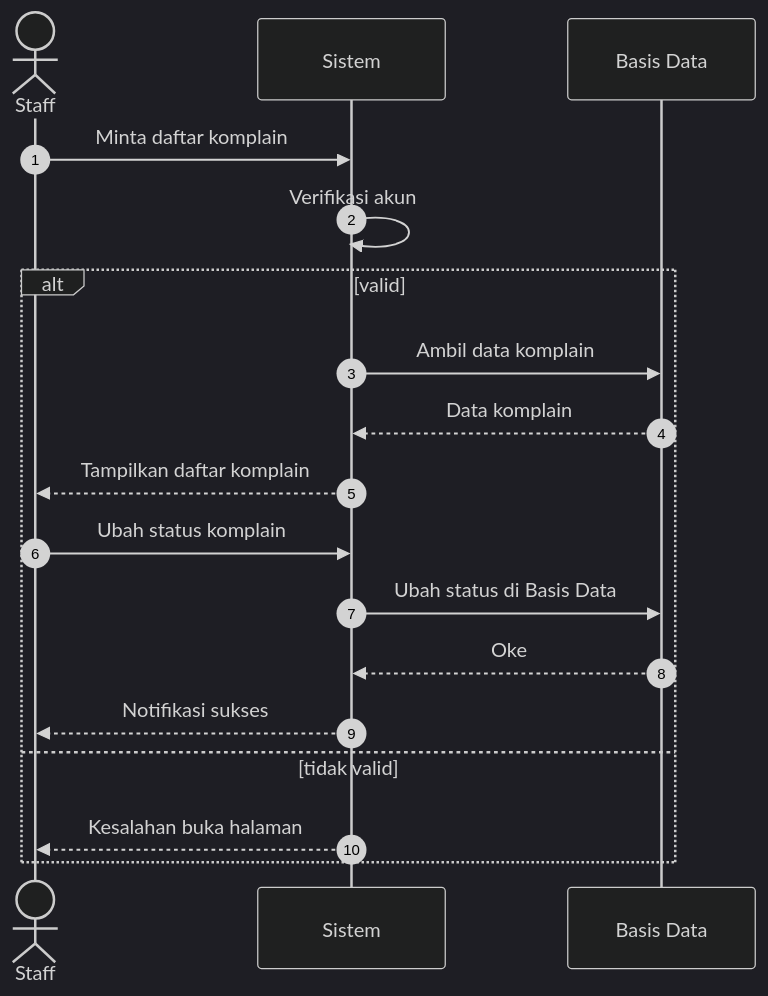
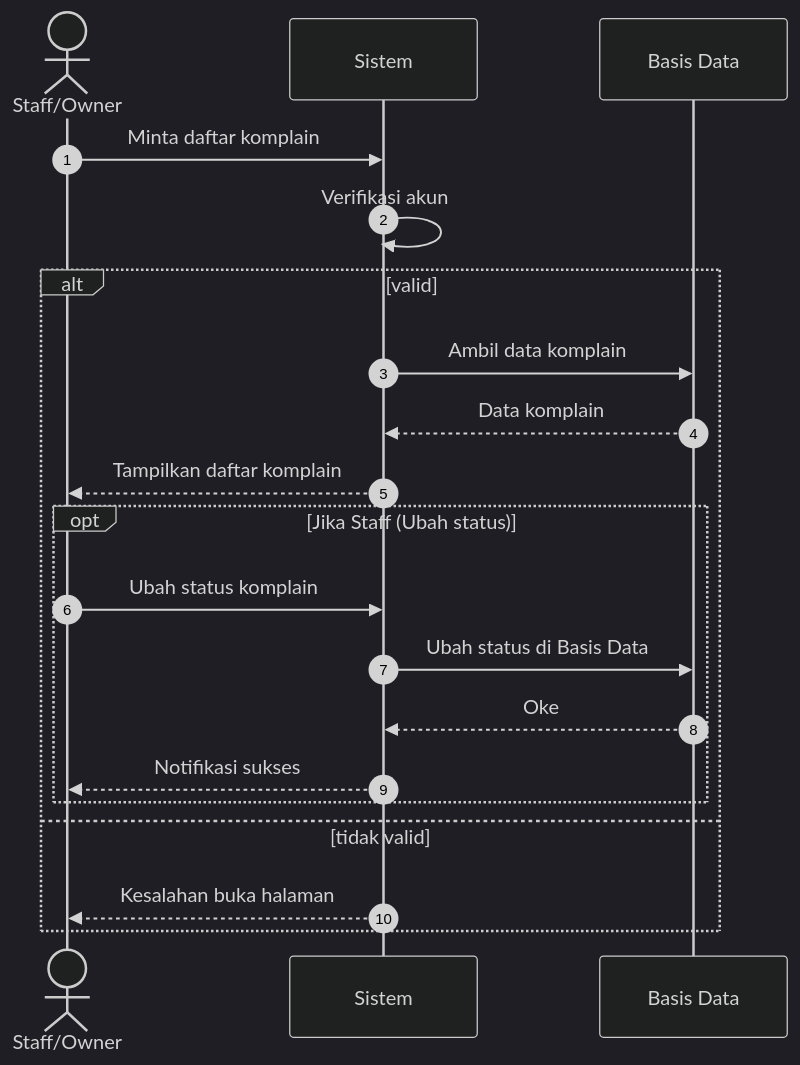
One commit to ahmadyasser72/tem-2 changed the diagram in docs/diagrams/seq_view_complaint.mmd. Above: the diagram before and after it, drawn with Mermaid (dark theme). The commit also changed 21 other files, not shown here.

Commit message:
fix format, tambah aktor (owner), tambah resolved_by pada tabel complaints, ubah class diagram menggunakan plantuml

```diff
--- a/docs/diagrams/seq_view_complaint.mmd
+++ b/docs/diagrams/seq_view_complaint.mmd
@@ -1,20 +1,22 @@
 sequenceDiagram
     autonumber
-    actor Staff
+    actor Pengelola as Staff/Owner
     participant Sistem
     participant Basis Data
 
-    Staff->>Sistem: Minta daftar komplain
+    Pengelola->>Sistem: Minta daftar komplain
     Sistem->>Sistem: Verifikasi akun
 
     alt valid
         Sistem->>Basis Data: Ambil data komplain
         Basis Data-->>Sistem: Data komplain
-        Sistem-->>Staff: Tampilkan daftar komplain
-        Staff->>Sistem: Ubah status komplain
-        Sistem->>Basis Data: Ubah status di Basis Data
-        Basis Data-->>Sistem: Oke
-        Sistem-->>Staff: Notifikasi sukses
+        Sistem-->>Pengelola: Tampilkan daftar komplain
+        opt Jika Staff (Ubah status)
+            Pengelola->>Sistem: Ubah status komplain
+            Sistem->>Basis Data: Ubah status di Basis Data
+            Basis Data-->>Sistem: Oke
+            Sistem-->>Pengelola: Notifikasi sukses
+        end
     else tidak valid
-        Sistem-->>Staff: Kesalahan buka halaman
+        Sistem-->>Pengelola: Kesalahan buka halaman
     end
```
